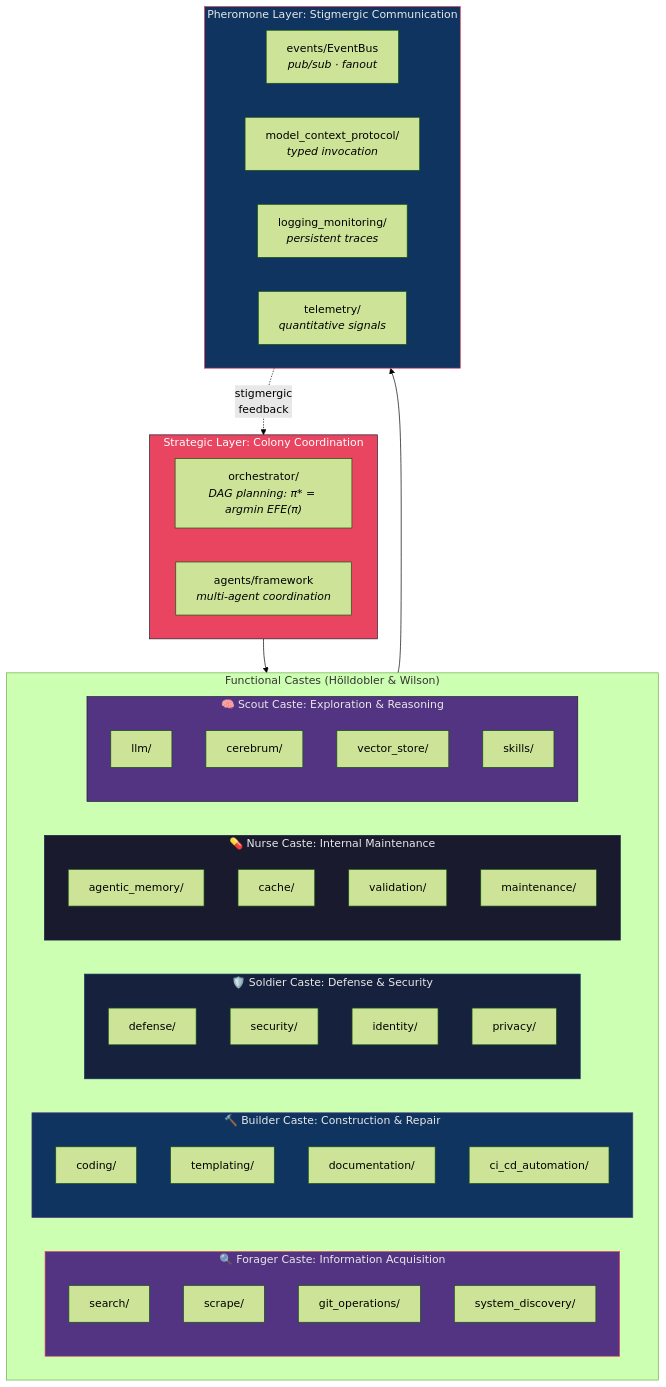
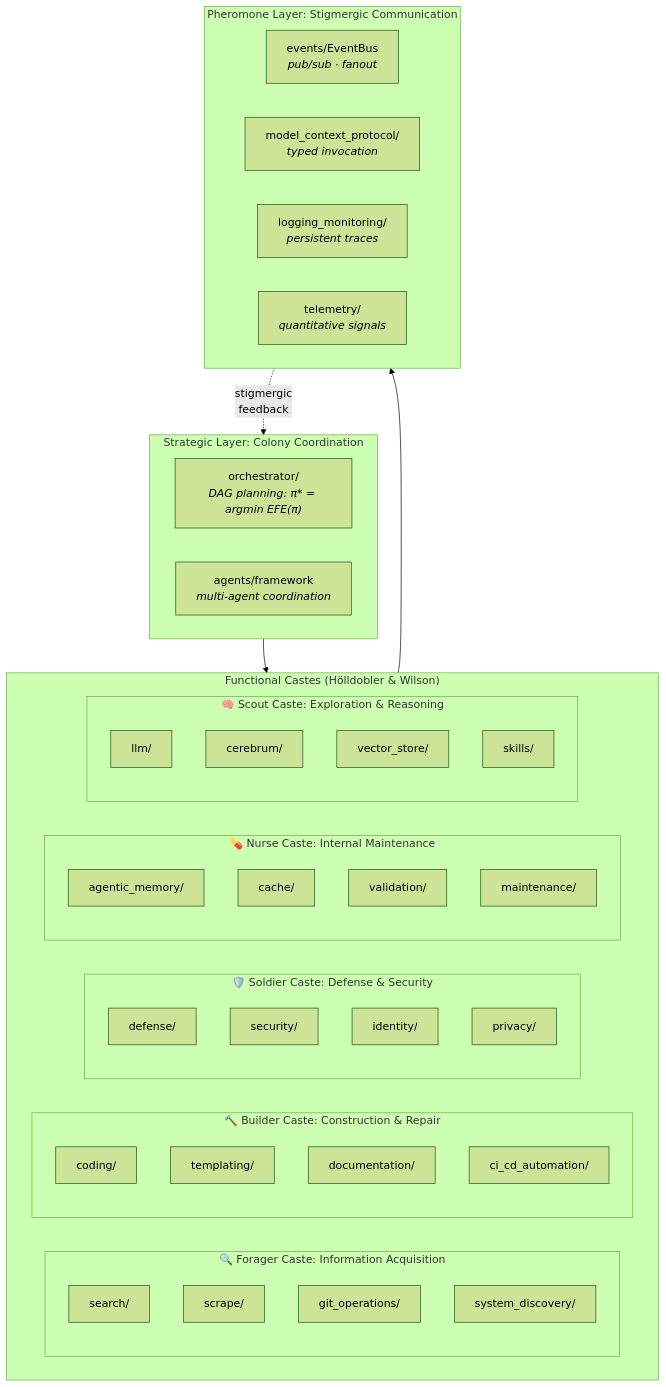
One commit to docxology/codomyrmex changed the first of 2 diagrams in docs/agi/the_colony_thesis.md. Above: the diagram before and after it, drawn with Mermaid (forest theme). The commit also changed other lines of this file and 86 other files, not shown here.

````diff
--- a/docs/agi/the_colony_thesis.md
+++ b/docs/agi/the_colony_thesis.md
@@ -19,63 +19,55 @@
 ```mermaid
 graph TB
     subgraph QUEEN["Strategic Layer: Colony Coordination"]
         ORCH["orchestrator/<br/><i>DAG planning: π* = argmin EFE(π)</i>"]
         AGENT_FW["agents/framework<br/><i>multi-agent coordination</i>"]
     end
 
     subgraph CASTES["Functional Castes (Hölldobler & Wilson)"]
         subgraph FORAGER["🔍 Forager Caste: Information Acquisition"]
             SEARCH["search/"]
             SCRAPE["scrape/"]
             GIT["git_operations/"]
             SD["system_discovery/"]
         end
 
         subgraph BUILDER["🔨 Builder Caste: Construction & Repair"]
             CODING["coding/"]
             TEMPLATE["templating/"]
             DOCS["documentation/"]
             CICD["ci_cd_automation/"]
         end
 
         subgraph SOLDIER["🛡️ Soldier Caste: Defense & Security"]
             DEFENSE["defense/"]
             SECURITY["security/"]
             IDENTITY["identity/"]
             PRIVACY["privacy/"]
         end
 
         subgraph NURSE["💊 Nurse Caste: Internal Maintenance"]
             AMEM["agentic_memory/"]
             CACHE["cache/"]
             VALID["validation/"]
             MAINT["maintenance/"]
         end
 
         subgraph SCOUT["🧠 Scout Caste: Exploration & Reasoning"]
             LLM["llm/"]
             CEREB["cerebrum/"]
             VEC["vector_store/"]
             SKILLS["skills/"]
         end
     end
 
     subgraph PHEROMONE["Pheromone Layer: Stigmergic Communication"]
         EVENTS["events/EventBus<br/><i>pub/sub · fanout</i>"]
         MCP["model_context_protocol/<br/><i>typed invocation</i>"]
         LOG["logging_monitoring/<br/><i>persistent traces</i>"]
         TELEM["telemetry/<br/><i>quantitative signals</i>"]
     end
 
     QUEEN --> CASTES
     CASTES --> PHEROMONE
     PHEROMONE -.->|"stigmergic<br/>feedback"| QUEEN
-
-    style QUEEN fill:#e94560,stroke:#1a1a2e,color:#fff
-    style FORAGER fill:#533483,stroke:#e94560,color:#e8e8e8
-    style BUILDER fill:#0f3460,stroke:#533483,color:#e8e8e8
-    style SOLDIER fill:#16213e,stroke:#0f3460,color:#e8e8e8
-    style NURSE fill:#1a1a2e,stroke:#16213e,color:#e8e8e8
-    style SCOUT fill:#533483,stroke:#1a1a2e,color:#e8e8e8
-    style PHEROMONE fill:#0f3460,stroke:#e94560,color:#e8e8e8
 ```
````
